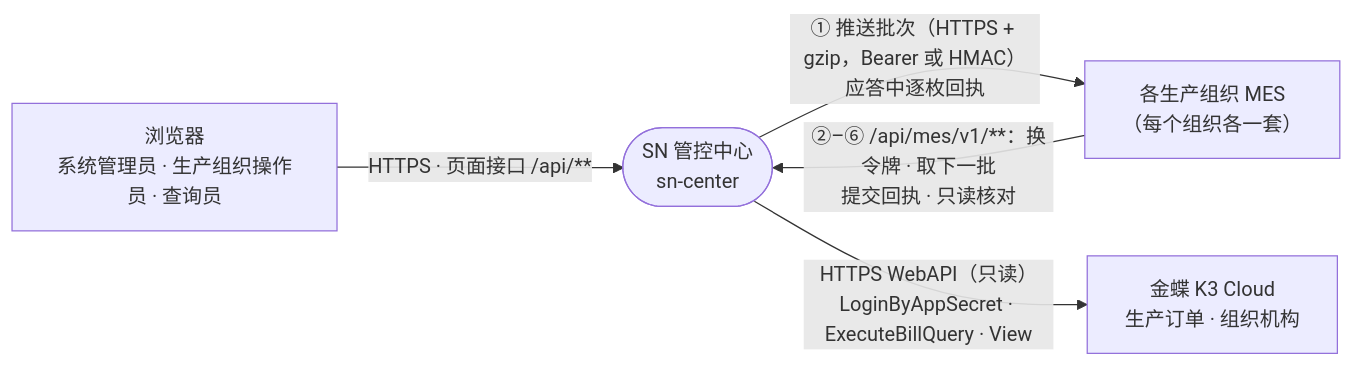
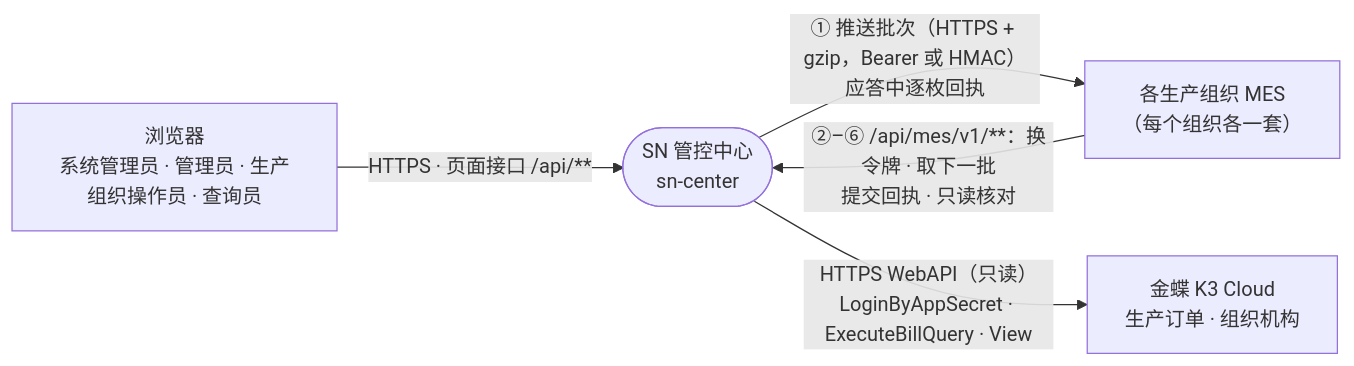
One commit to Createsnow/sn-center changed the diagram in docs/images/系统技术方案/fig2-7-context.mmd. Above: the diagram before and after it, drawn with Mermaid. The commit also changed 36 other files, not shown here.

First line of the commit message:
账户角色改名：内置管理员 → 系统管理员，系统管理员（总部）→ 管理员

```diff
--- a/docs/images/系统技术方案/fig2-7-context.mmd
+++ b/docs/images/系统技术方案/fig2-7-context.mmd
@@ -1,9 +1,9 @@
 flowchart LR
-  U["浏览器<br/>系统管理员 · 生产组织操作员 · 查询员"]
+  U["浏览器<br/>系统管理员 · 管理员 · 生产组织操作员 · 查询员"]
   M["各生产组织 MES<br/>（每个组织各一套）"]
   S(["SN 管控中心<br/>sn-center"])
   K["金蝶 K3 Cloud<br/>生产订单 · 组织机构"]
   U -->|"HTTPS · 页面接口 /api/**"| S
   S -->|"① 推送批次（HTTPS + gzip，Bearer 或 HMAC）<br/>应答中逐枚回执"| M
   M -->|"②–⑥ /api/mes/v1/**：换令牌 · 取下一批<br/>提交回执 · 只读核对"| S
   S -->|"HTTPS WebAPI（只读）<br/>LoginByAppSecret · ExecuteBillQuery · View"| K
```
